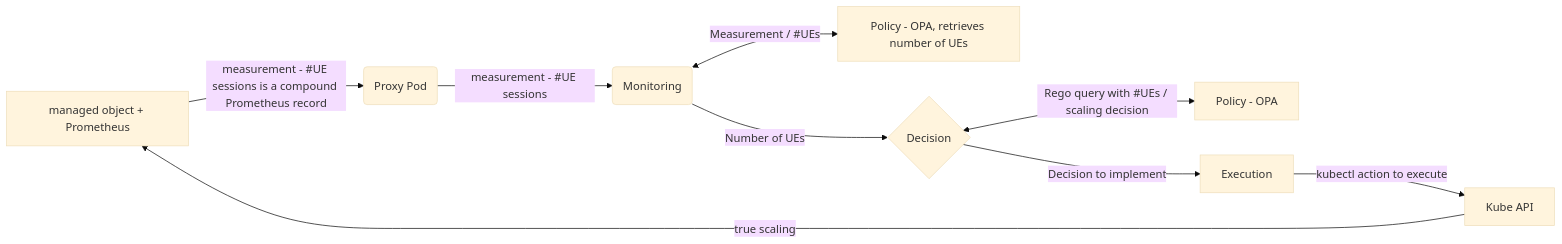
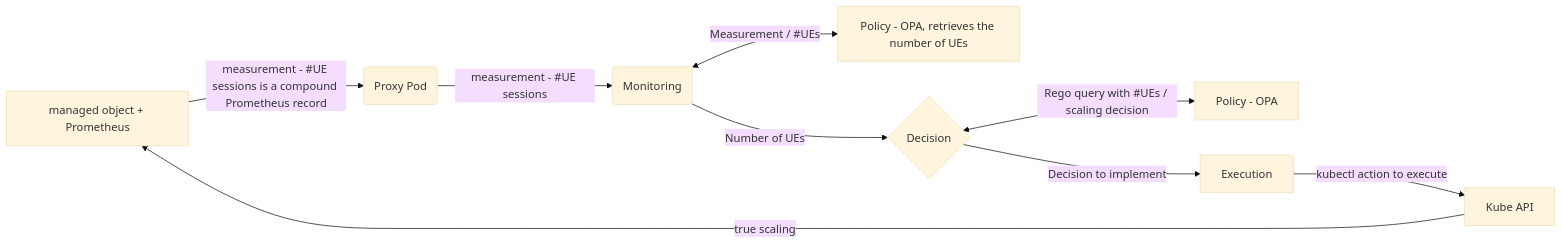
Before and after one commit to dbursztynowski/cl_demo: the diagram in README2.md, drawn with Mermaid (base theme).

````diff
--- a/README2.md
+++ b/README2.md
@@ -7,11 +7,11 @@
 ```mermaid
 flowchart LR
 M[managed object + Prometheus] -->|measurement - #UE sessions is a compound Prometheus record| X(Proxy Pod)
 X -->|measurement - #UE sessions| A(Monitoring)
-A <-->|Measurement / #UEs| P[Policy - OPA, retrieves number of UEs]
+A <-->|Measurement / #UEs| P[Policy - OPA, retrieves the number of UEs]
 A -->|Number of UEs| B{Decision}
 B <-->|Rego query with #UEs / scaling decision| C[Policy - OPA]
 B -->|Decision to implement| D[Execution]
 D -->|kubectl action to execute| K[Kube API]
 K -->|true scaling| M
 ```
````
